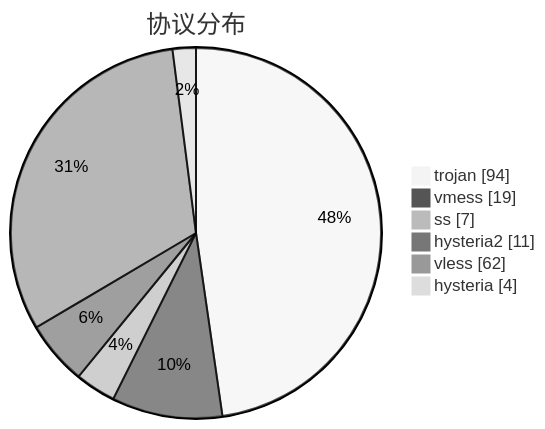
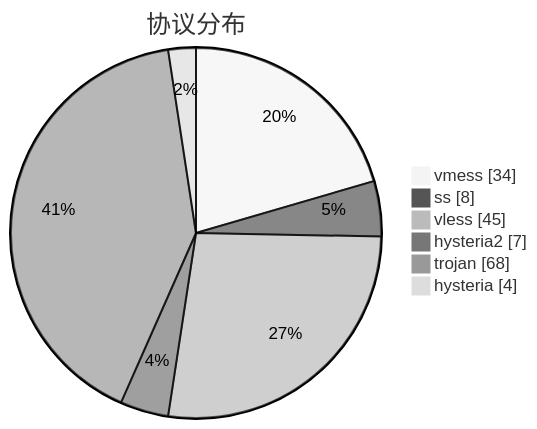
The third of 3 diagrams in subs/statistics/tested_within.md (sinspired/airport), drawn with Mermaid (neutral theme) before and after one commit. The commit also changed other lines of this file and 2 other files, not shown here.

````diff
--- a/subs/statistics/tested_within.md
+++ b/subs/statistics/tested_within.md
@@ -32,10 +31,10 @@
 ```mermaid
 pie showData
 title 协议分布
-"trojan" : 94
-"vmess" : 19
-"ss" : 7
-"hysteria2" : 11
-"vless" : 62
+"vmess" : 34
+"ss" : 8
+"vless" : 45
+"hysteria2" : 7
+"trojan" : 68
 "hysteria" : 4
 ```
````
